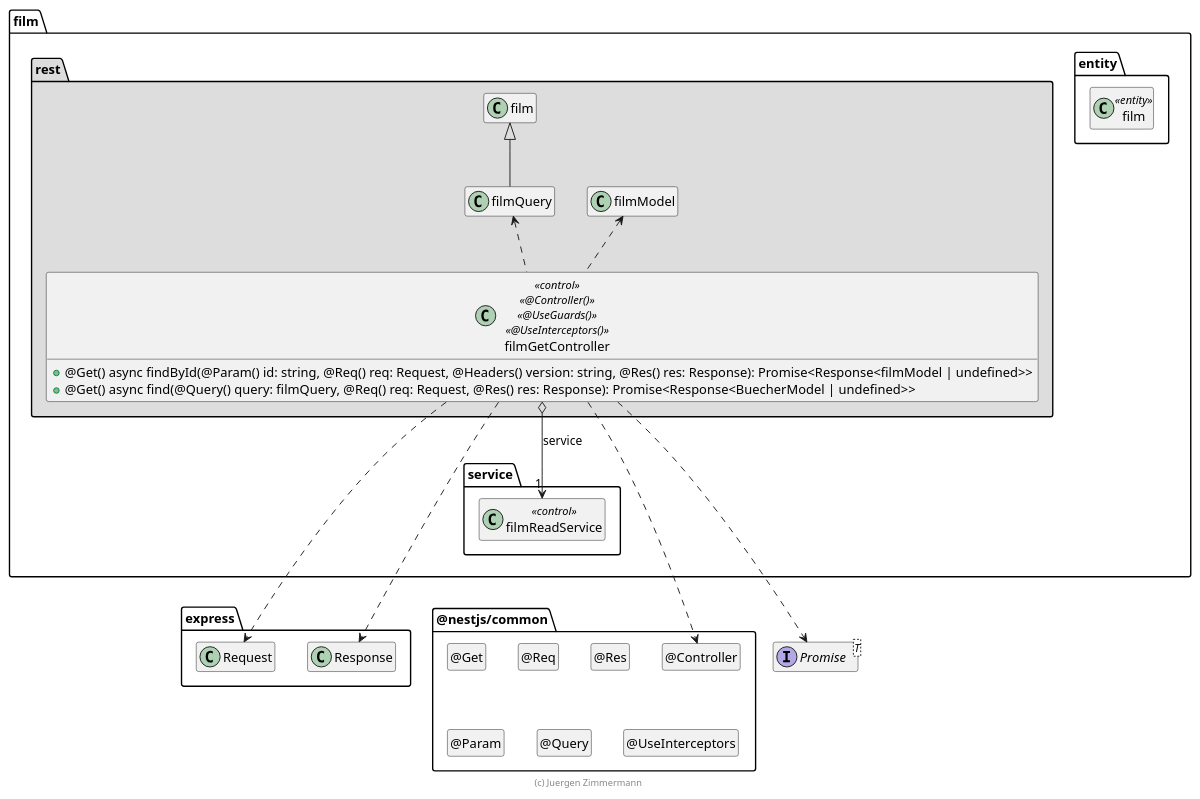
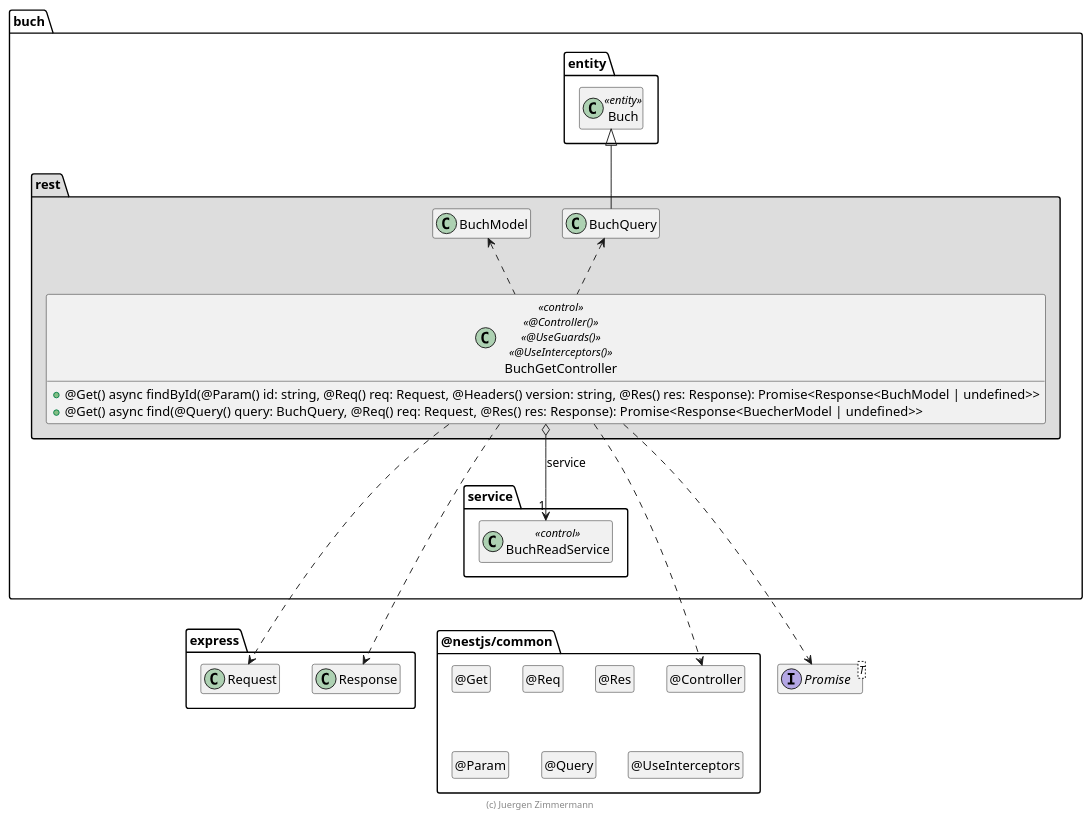
The diagram in .extras/doc/entwicklerhandbuch/FilmGetController.plantuml (Yuszi/Film), drawn with PlantUML before and after one commit. The commit also changed 12 other files, not shown here.

```diff
--- a/.extras/doc/entwicklerhandbuch/FilmGetController.plantuml
+++ b/.extras/doc/entwicklerhandbuch/FilmGetController.plantuml
@@ -18,74 +18,74 @@
 @startuml Controller-Klasse
 
 interface Promise<T>
 
 package @nestjs/common {
   class "@Controller" as Controller
   hide Controller circle
 
   class "@Get" as Get
   hide Get circle
 
   class "@Req" as Req
   hide Req circle
 
   class "@Res" as Res
   hide Res circle
 
   class "@Param" as Param
   hide Param circle
 
   class "@Query" as Query
   hide Query circle
 
   class "@UseInterceptors" as UseInterceptors
   hide UseInterceptors circle
 }
 
 package express {
   class Request
   class Response
 
   Response .[hidden].> Controller
 }
 
-package film {
+package buch {
   package entity #FFFFFF {
-    class film <<entity>>
+    class Buch <<entity>>
 
-    film .[hidden].> Promise
-    film .[hidden].> Request
+    Buch .[hidden].> Promise
+    Buch .[hidden].> Request
   }
 
   package service {
-    class filmReadService << control >>
+    class BuchReadService << control >>
   }
 
   package rest #DDDDDD {
-    filmQuery -up-|> film
+    BuchQuery -up-|> Buch
 
-    class filmGetController << control >> << @Controller() >> << @UseGuards() >> << @UseInterceptors() >> {
-      + @Get() async findById(@Param() id: string, @Req() req: Request, @Headers() version: string, @Res() res: Response): Promise<Response<filmModel | undefined>>
-      + @Get() async find(@Query() query: filmQuery, @Req() req: Request,  @Res() res: Response): Promise<Response<BuecherModel | undefined>>
+    class BuchGetController << control >> << @Controller() >> << @UseGuards() >> << @UseInterceptors() >> {
+      + @Get() async findById(@Param() id: string, @Req() req: Request, @Headers() version: string, @Res() res: Response): Promise<Response<BuchModel | undefined>>
+      + @Get() async find(@Query() query: BuchQuery, @Req() req: Request,  @Res() res: Response): Promise<Response<BuecherModel | undefined>>
     }
 
-    filmGetController o--> "1" filmReadService : service
+    BuchGetController o--> "1" BuchReadService : service
 
-    filmGetController ..> Controller
-    filmGetController ..> Request
-    filmGetController ..> Response
-    filmGetController ..> Promise
-    filmGetController .up.> filmModel
-    filmGetController .up.> filmQuery
+    BuchGetController ..> Controller
+    BuchGetController ..> Request
+    BuchGetController ..> Response
+    BuchGetController ..> Promise
+    BuchGetController .up.> BuchModel
+    BuchGetController .up.> BuchQuery
 
-    filmReadService .[hidden].> Request
-    filmReadService .[hidden].> Promise
+    BuchReadService .[hidden].> Request
+    BuchReadService .[hidden].> Promise
     Response .right[hidden].> Controller
   }
 }
 
 hide empty members
 
 footer (c) Juergen Zimmermann
 
 @enduml
```
